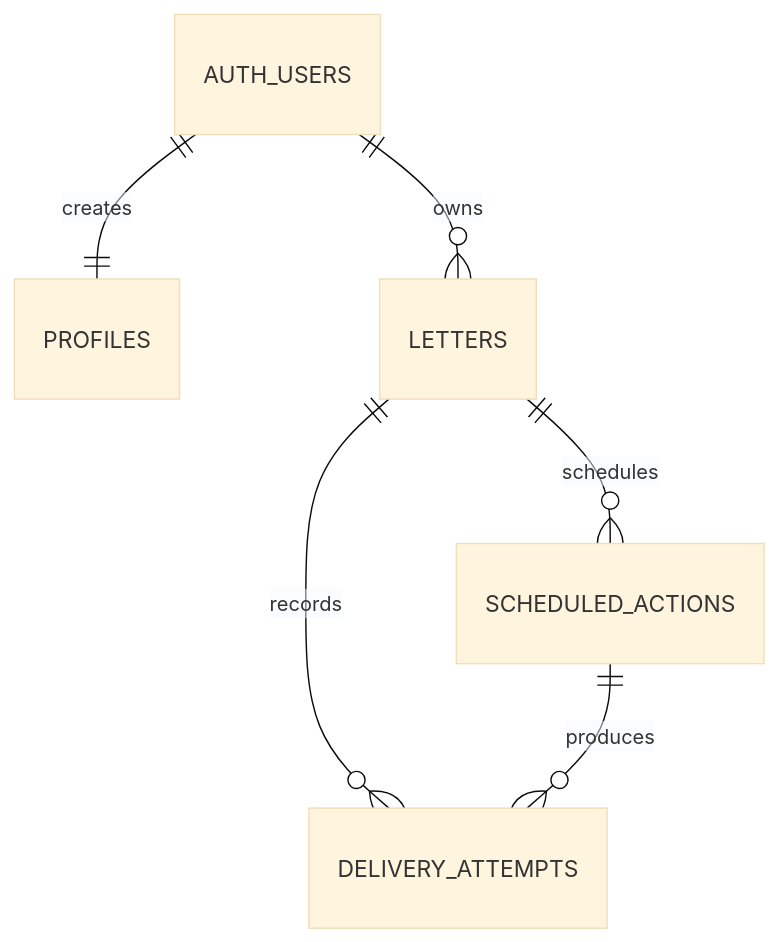
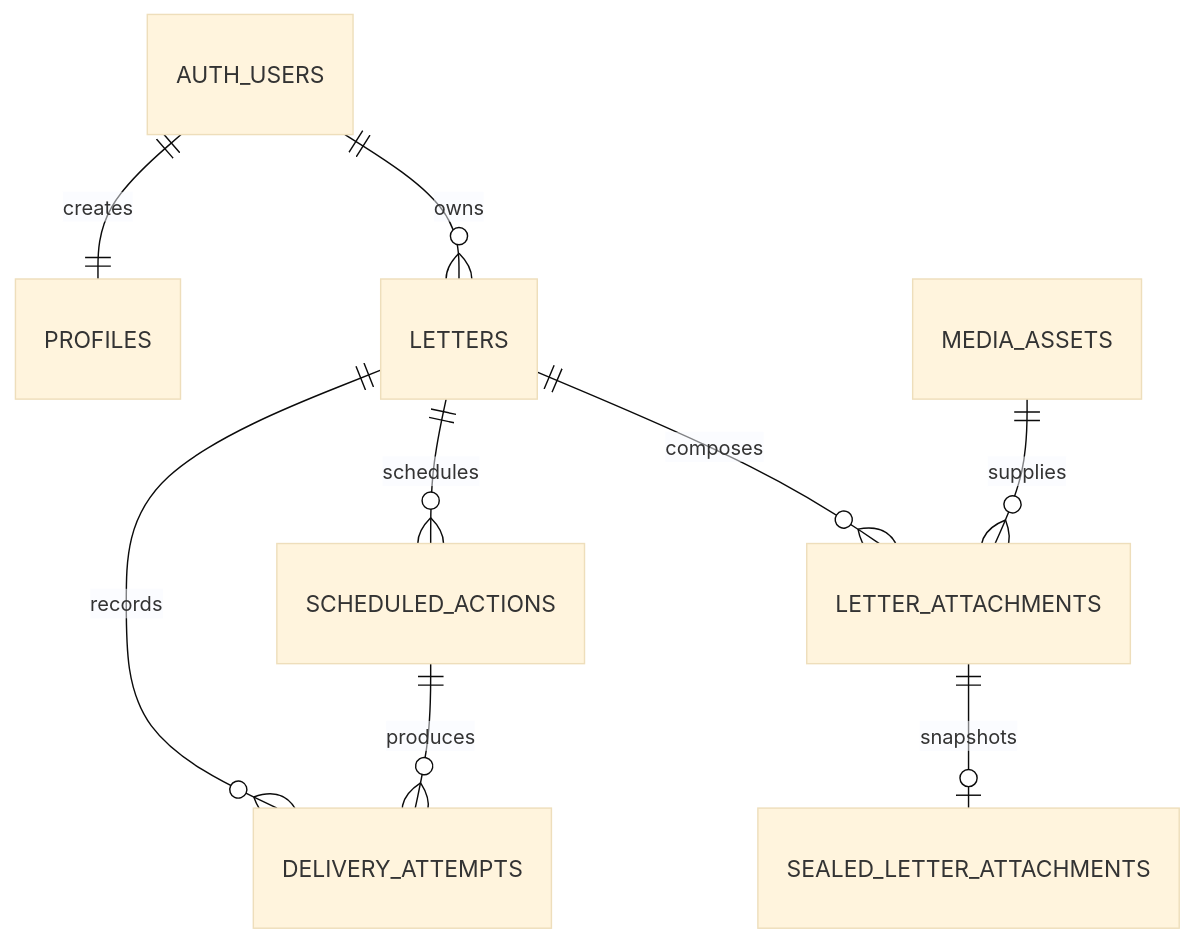
Before and after one commit to khoadanwneee/PostDrop: the third of 4 diagrams in docs/system-architecture.md, drawn with Mermaid (base theme). The commit also changed other lines of this file and 14 other files, not shown here.

Commit message:
feat(backend): encrypt attachments when sealing letters

```diff
--- a/docs/system-architecture.md
+++ b/docs/system-architecture.md
@@ -148,8 +153,11 @@
 ~~~mermaid
 erDiagram
     AUTH_USERS ||--|| PROFILES : creates
     AUTH_USERS ||--o{ LETTERS : owns
     LETTERS ||--o{ SCHEDULED_ACTIONS : schedules
     LETTERS ||--o{ DELIVERY_ATTEMPTS : records
+    LETTERS ||--o{ LETTER_ATTACHMENTS : composes
+    MEDIA_ASSETS ||--o{ LETTER_ATTACHMENTS : supplies
+    LETTER_ATTACHMENTS ||--o| SEALED_LETTER_ATTACHMENTS : snapshots
     SCHEDULED_ACTIONS ||--o{ DELIVERY_ATTEMPTS : produces
 ~~~
```
